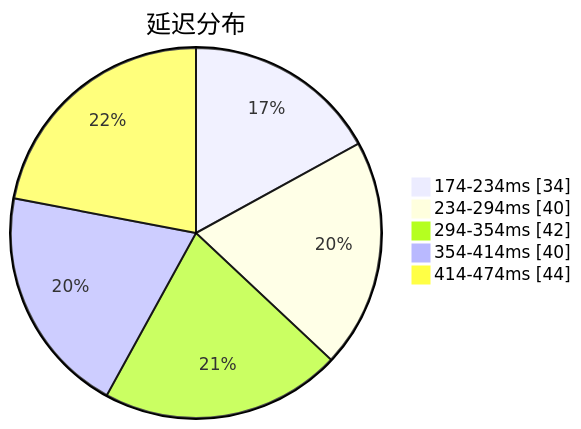
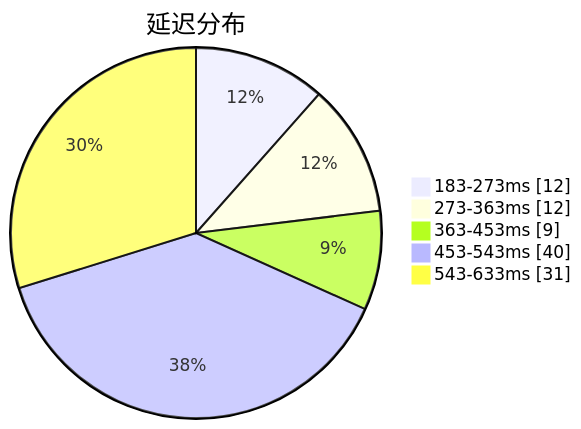
One commit to qjlxg/airport changed the first of 3 diagrams in subs/statistics/tested_within.md. Above: the diagram before and after it, drawn with Mermaid. The commit also changed other lines of this file and 2 other files, not shown here.

````diff
--- a/subs/statistics/tested_within.md
+++ b/subs/statistics/tested_within.md
@@ -2,9 +2,9 @@
 ```mermaid
 pie showData
 title 延迟分布
-"174-234ms" : 34
-"234-294ms" : 40
-"294-354ms" : 42
-"354-414ms" : 40
-"414-474ms" : 44
+"183-273ms" : 12
+"273-363ms" : 12
+"363-453ms" : 9
+"453-543ms" : 40
+"543-633ms" : 31
 ```
````
